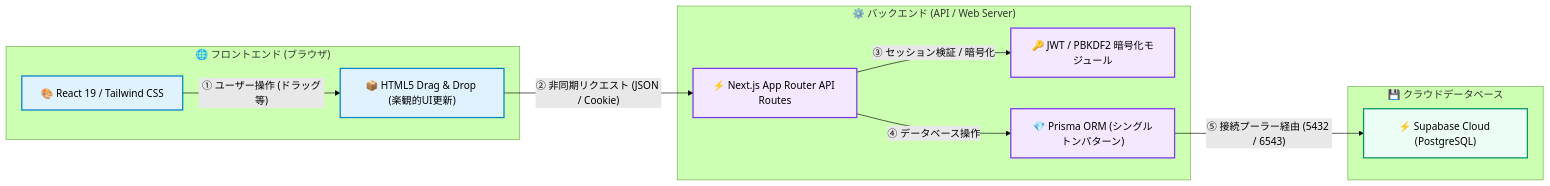
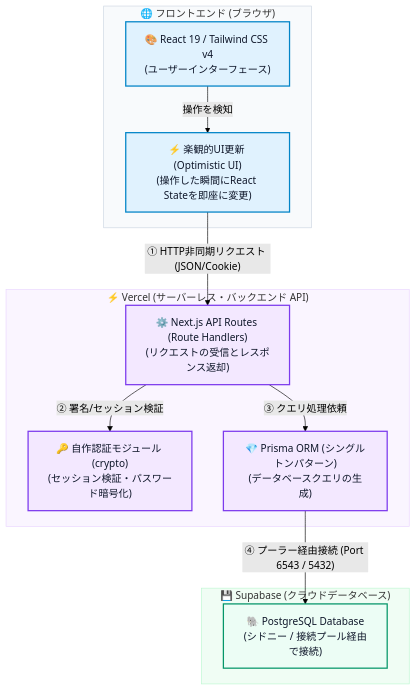
Before and after one commit to kojiro-tsuji/task-app-asana-clone: the first of 2 diagrams in README.md, drawn with Mermaid (forest theme).

Commit message:
docs: improve system architecture diagram in README.md

````diff
--- a/README.md
+++ b/README.md
@@ -63,28 +63,34 @@
 ```mermaid
-graph LR
+graph TD
     %% スタイル定義
-    classDef client fill:#e0f2fe,stroke:#0284c7,stroke-width:2px;
-    classDef server fill:#f3e8ff,stroke:#7c3aed,stroke-width:2px;
-    classDef db fill:#ecfdf5,stroke:#059669,stroke-width:2px;
+    classDef client fill:#e0f2fe,stroke:#0284c7,stroke-width:2px,color:#0f172a;
+    classDef backend fill:#f3e8ff,stroke:#7c3aed,stroke-width:2px,color:#0f172a;
+    classDef db fill:#ecfdf5,stroke:#059669,stroke-width:2px,color:#0f172a;
 
     subgraph Client ["🌐 フロントエンド (ブラウザ)"]
-        UI["🎨 React 19 / Tailwind CSS"]:::client
-        Dnd["📦 HTML5 Drag & Drop (楽観的UI更新)"]:::client
+        UI["🎨 React 19 / Tailwind CSS v4<br>(ユーザーインターフェース)"]:::client
+        State["⚡ 楽観的UI更新 (Optimistic UI)<br>(操作した瞬間にReact Stateを即座に変更)"]:::client
     end
 
-    subgraph Backend ["⚙️ バックエンド (API / Web Server)"]
-        NextAPI["⚡ Next.js App Router API Routes"]:::server
-        Auth["🔑 JWT / PBKDF2 暗号化モジュール"]:::server
-        Prisma["💎 Prisma ORM (シングルトンパターン)"]:::server
+    subgraph Vercel ["⚡ Vercel (サーバーレス・バックエンド API)"]
+        NextAPI["⚙️ Next.js API Routes (Route Handlers)<br>(リクエストの受信とレスポンス返却)"]:::backend
+        Auth["🔑 自作認証モジュール (crypto)<br>(セッション検証・パスワード暗号化)"]:::backend
+        Prisma["💎 Prisma ORM (シングルトンパターン)<br>(データベースクエリの生成)"]:::backend
     end
 
-    subgraph Database ["💾 クラウドデータベース"]
-        SupaDB["⚡ Supabase Cloud (PostgreSQL)"]:::db
+    subgraph Supabase ["💾 Supabase (クラウドデータベース)"]
+        SupaDB["🐘 PostgreSQL Database<br>(シドニー / 接続プール経由で接続)"]:::db
     end
 
-    UI -->|"① ユーザー操作 (ドラッグ等)"| Dnd
-    Dnd -->|"② 非同期リクエスト (JSON / Cookie)"| NextAPI
-    NextAPI -->|"③ セッション検証 / 暗号化"| Auth
-    NextAPI -->|"④ データベース操作"| Prisma
-    Prisma -->|"⑤ 接続プーラー経由 (5432 / 6543)"| SupaDB
+    %% フローの接続
+    UI -->|"操作を検知"| State
+    State -->|"① HTTP非同期リクエスト (JSON/Cookie)"| NextAPI
+    NextAPI -->|"② 署名/セッション検証"| Auth
+    NextAPI -->|"③ クエリ処理依頼"| Prisma
+    Prisma -->|"④ プーラー経由接続 (Port 6543 / 5432)"| SupaDB
+
+    %% サブグラフのスタイル調整
+    style Client fill:#f8fafc,stroke:#cbd5e1,stroke-width:1px
+    style Vercel fill:#faf5ff,stroke:#e9d5ff,stroke-width:1px
+    style Supabase fill:#f0fdf4,stroke:#bbf7d0,stroke-width:1px
 ```
````
